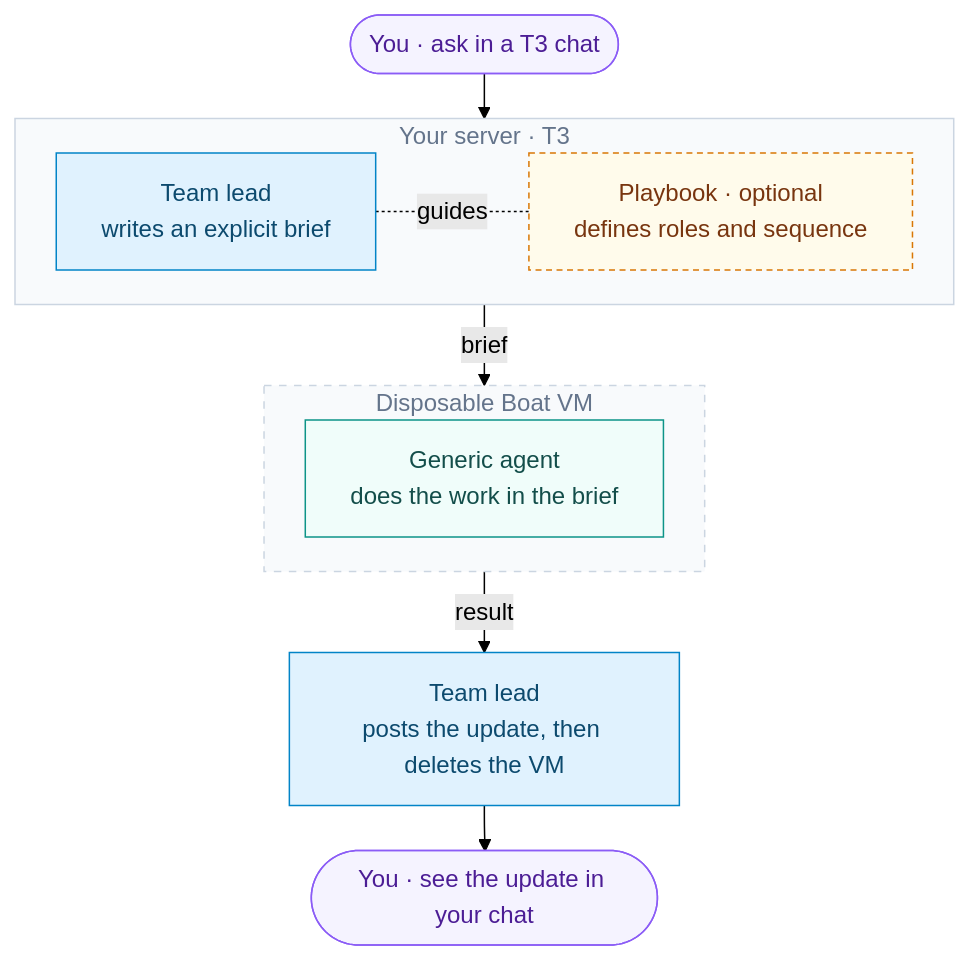
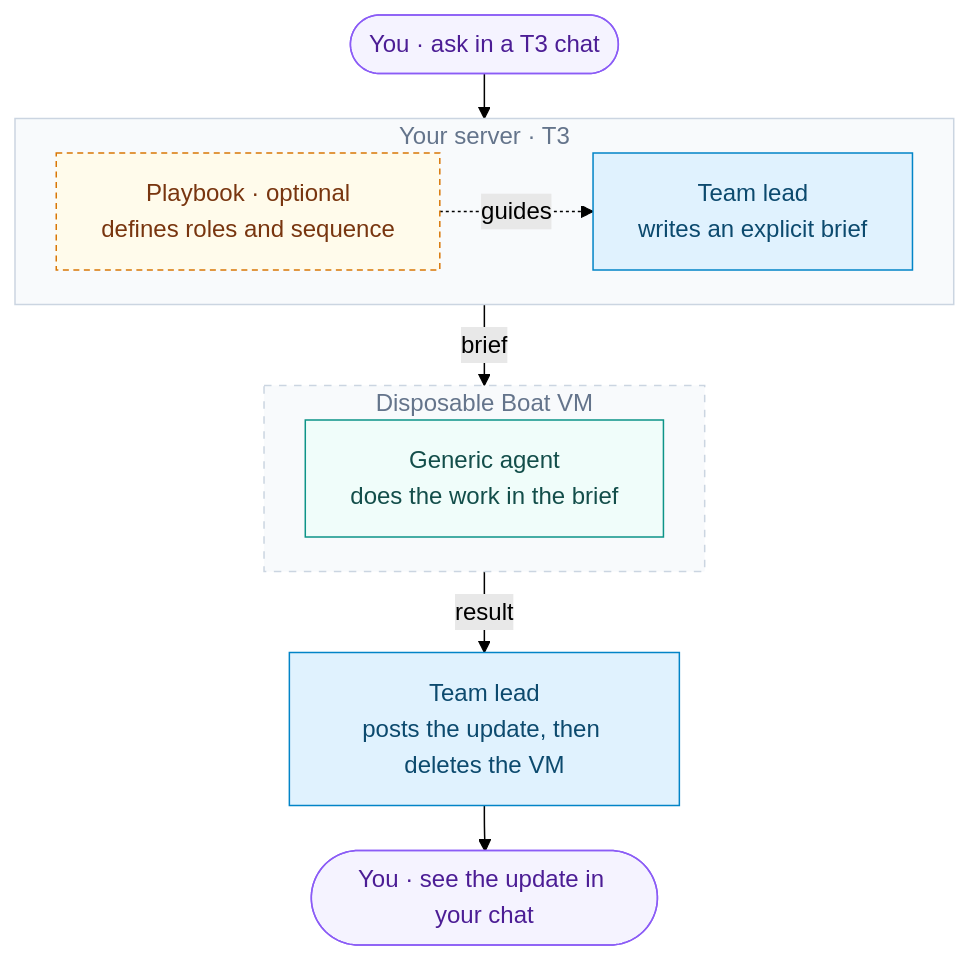
The diagram in README.md (pogorelov17/t3-boat), drawn with Mermaid (forest theme) before and after one commit. The commit also changed other lines of this file, not shown here.

````diff
--- a/README.md
+++ b/README.md
@@ -16,31 +16,31 @@
 ```mermaid
 %%{init: {"flowchart": {"curve": "basis", "rankSpacing": 30, "nodeSpacing": 26}}}%%
 flowchart TB
     U(["You · ask in a T3 chat"]):::endpoint
 
     subgraph SERVER["Your server · T3"]
         direction LR
         L["Team lead<br/>writes an explicit brief"]:::lead
         P["Playbook · optional<br/>defines roles and sequence"]:::optional
-        L -.-|guides| P
+        P -. guides .-> L
     end
 
     subgraph VM["Disposable Boat VM"]
         W["Generic agent<br/>does the work in the brief"]:::work
     end
 
     R["Team lead<br/>posts the update, then deletes the VM"]:::lead
     S(["You · see the update in your chat"]):::endpoint
 
     U --> SERVER
     SERVER -->|brief| VM
     VM -->|result| R
     R --> S
 
     classDef lead fill:#e0f2fe,stroke:#0284c7,color:#0c4a6e
     classDef work fill:#f0fdfa,stroke:#0d9488,color:#134e4a
     classDef endpoint fill:#f5f3ff,stroke:#8b5cf6,color:#4c1d95
     classDef optional fill:#fffbeb,stroke:#d97706,color:#78350f,stroke-dasharray:4 3
     style SERVER fill:#f8fafc,stroke:#cbd5e1,color:#64748b
     style VM fill:#f8fafc,stroke:#cbd5e1,stroke-dasharray:5 5,color:#64748b
 ```
````
